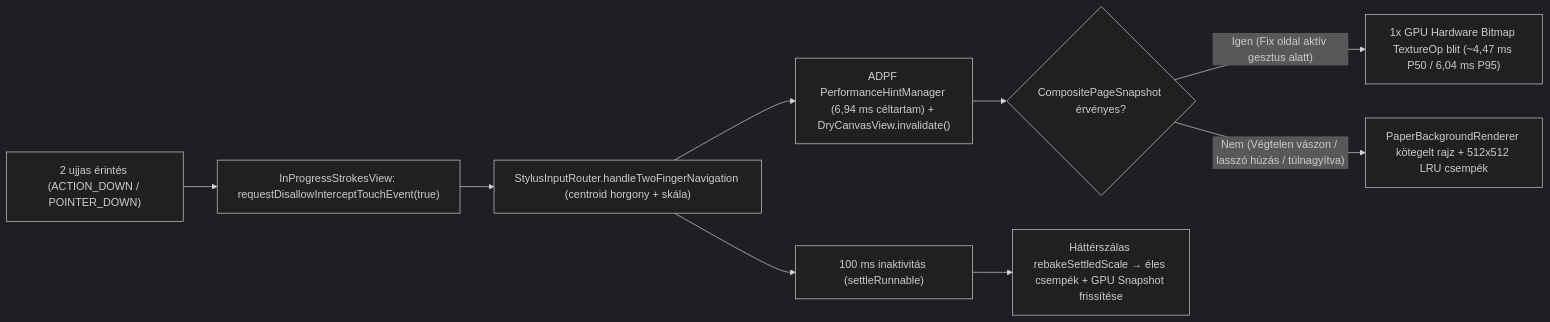
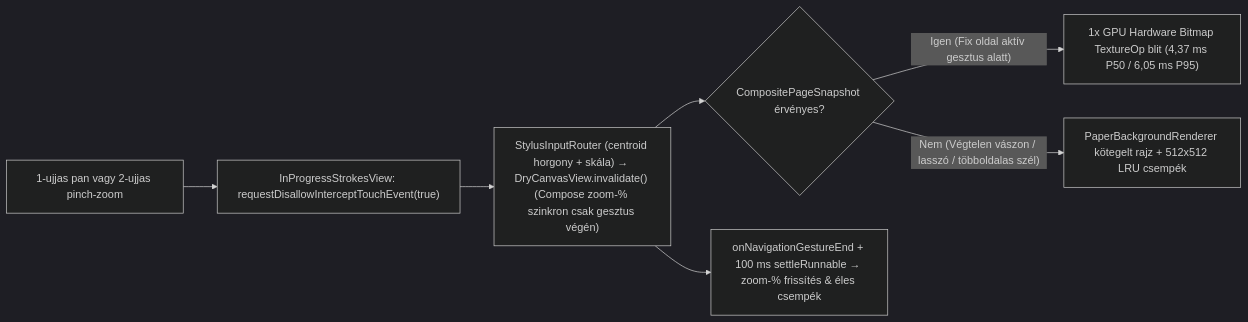
One commit to Fruktoz0/Stylusnote changed the fourth of 7 diagrams in docs/user_journeys.md. Above: the diagram before and after it, drawn with Mermaid (dark theme). The commit also changed other lines of this file and 29 other files, not shown here.

````diff
--- a/docs/user_journeys.md
+++ b/docs/user_journeys.md
@@ -76,11 +77,9 @@
 ```mermaid
 flowchart LR
-    A["2 ujjas érintés (ACTION_DOWN / POINTER_DOWN)"] --> B["InProgressStrokesView: requestDisallowInterceptTouchEvent(true)"]
-    B --> C["StylusInputRouter.handleTwoFingerNavigation (centroid horgony + skála)"]
-    C --> D["ADPF PerformanceHintManager (6,94 ms céltartam) + DryCanvasView.invalidate()"]
-    D --> E{"CompositePageSnapshot érvényes?"}
-    E -- Igen (Fix oldal aktív gesztus alatt) --> F["1x GPU Hardware Bitmap TextureOp blit (~4,47 ms P50 / 6,04 ms P95)"]
-    E -- Nem (Végtelen vászon / lasszó húzás / túlnagyítva) --> G["PaperBackgroundRenderer kötegelt rajz + 512x512 LRU csempék"]
-    C --> H["100 ms inaktivitás (settleRunnable)"]
-    H --> I["Háttérszálas rebakeSettledScale → éles csempék + GPU Snapshot frissítése"]
+    A["1-ujjas pan vagy 2-ujjas pinch-zoom"] --> B["InProgressStrokesView: requestDisallowInterceptTouchEvent(true)"]
+    B --> C["StylusInputRouter (centroid horgony + skála) → DryCanvasView.invalidate() (Compose zoom-% szinkron csak gesztus végén)"]
+    C --> E{"CompositePageSnapshot érvényes?"}
+    E -- Igen (Fix oldal aktív gesztus alatt) --> F["1x GPU Hardware Bitmap TextureOp blit (4,37 ms P50 / 6,05 ms P95)"]
+    E -- Nem (Végtelen vászon / lasszó / többoldalas szél) --> G["PaperBackgroundRenderer kötegelt rajz + 512x512 LRU csempék"]
+    C --> H["onNavigationGestureEnd + 100 ms settleRunnable → zoom-% frissítés & éles csempék"]
 ```
````
